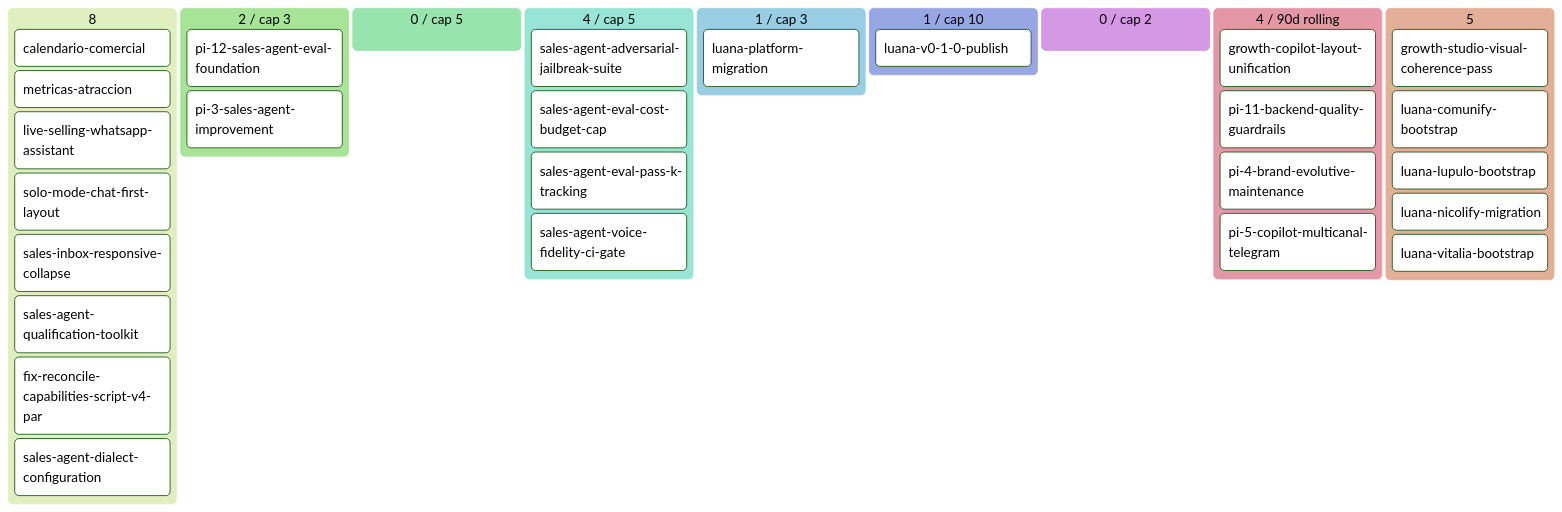
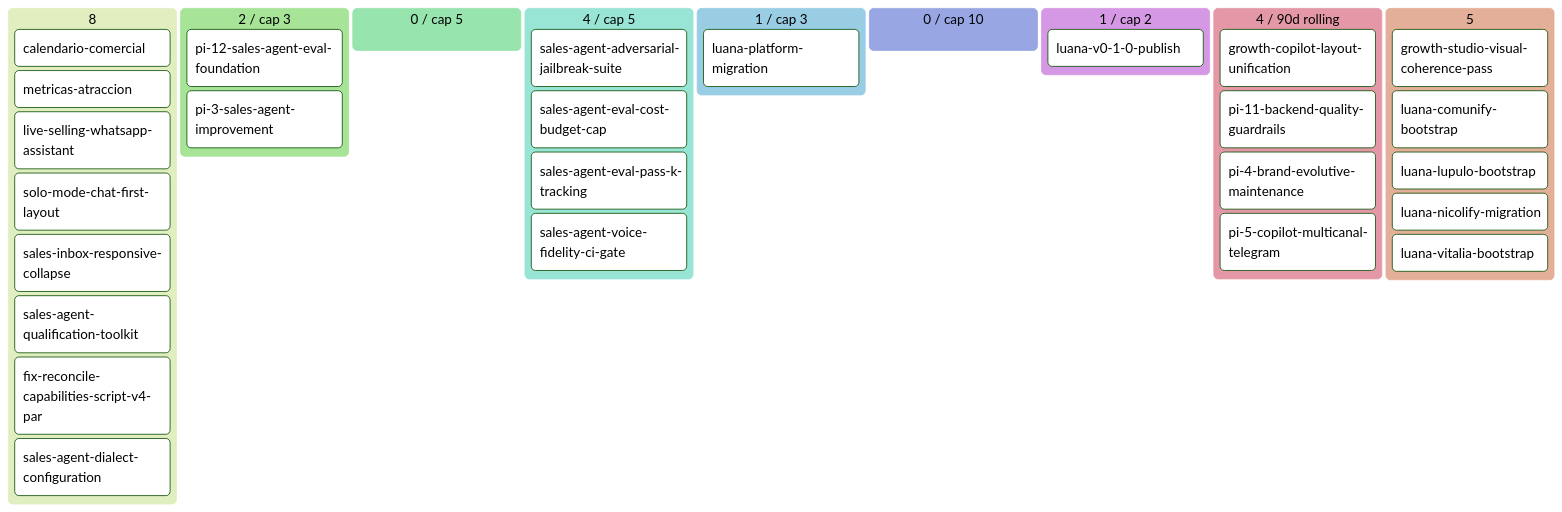
The diagram in docs/product/BACKLOG.md (alpacapurpura/ap_sales_agent), drawn with Mermaid (forest theme) before and after one commit. The commit also changed other lines of this file and 2 other files, not shown here.

Commit message:
docs(story-9): state developed → reviewing — Phase 6 auditor-backend Opus spawn

````diff
--- a/docs/product/BACKLOG.md
+++ b/docs/product/BACKLOG.md
@@ -62,37 +62,37 @@
 ```mermaid
 kanban
   💡 Ideas (8)
     calendario-comercial[calendario-comercial]
     metricas-atraccion[metricas-atraccion]
     live-selling-whatsapp-assistan[live-selling-whatsapp-assistant]
     solo-mode-chat-first-layout[solo-mode-chat-first-layout]
     sales-inbox-responsive-collaps[sales-inbox-responsive-collapse]
     sales-agent-qualification-tool[sales-agent-qualification-toolkit]
     fix-reconcile-capabilities-scr[fix-reconcile-capabilities-script-v4-par]
     sales-agent-dialect-configurat[sales-agent-dialect-configuration]
   🔬 Refining (2 / cap 3)
     pi-12-sales-agent-eval-foundat[pi-12-sales-agent-eval-foundation]
     pi-3-sales-agent-improvement[pi-3-sales-agent-improvement]
   ✅ Refined (0 / cap 5)
   📦 Ready (4 / cap 5)
     sales-agent-adversarial-jailbr[sales-agent-adversarial-jailbreak-suite]
     sales-agent-eval-cost-budget-c[sales-agent-eval-cost-budget-cap]
     sales-agent-eval-pass-k-tracki[sales-agent-eval-pass-k-tracking]
     sales-agent-voice-fidelity-ci-[sales-agent-voice-fidelity-ci-gate]
   🔨 Developing (1 / cap 3)
     luana-platform-migration[luana-platform-migration]
-  🧪 Developed (1 / cap 10)
+  🧪 Developed (0 / cap 10)
+  🔍 Reviewing (1 / cap 2)
     luana-v0-1-0-publish[luana-v0-1-0-publish]
-  🔍 Reviewing (0 / cap 2)
   ✅ Done (4 / 90d rolling)
     growth-copilot-layout-unificat[growth-copilot-layout-unification]
     pi-11-backend-quality-guardrai[pi-11-backend-quality-guardrails]
     pi-4-brand-evolutive-maintenan[pi-4-brand-evolutive-maintenance]
     pi-5-copilot-multicanal-telegr[pi-5-copilot-multicanal-telegram]
   🅿 Parked (5)
     growth-studio-visual-coherence[growth-studio-visual-coherence-pass]
     luana-comunify-bootstrap[luana-comunify-bootstrap]
     luana-lupulo-bootstrap[luana-lupulo-bootstrap]
     luana-nicolify-migration[luana-nicolify-migration]
     luana-vitalia-bootstrap[luana-vitalia-bootstrap]
 ```
````
